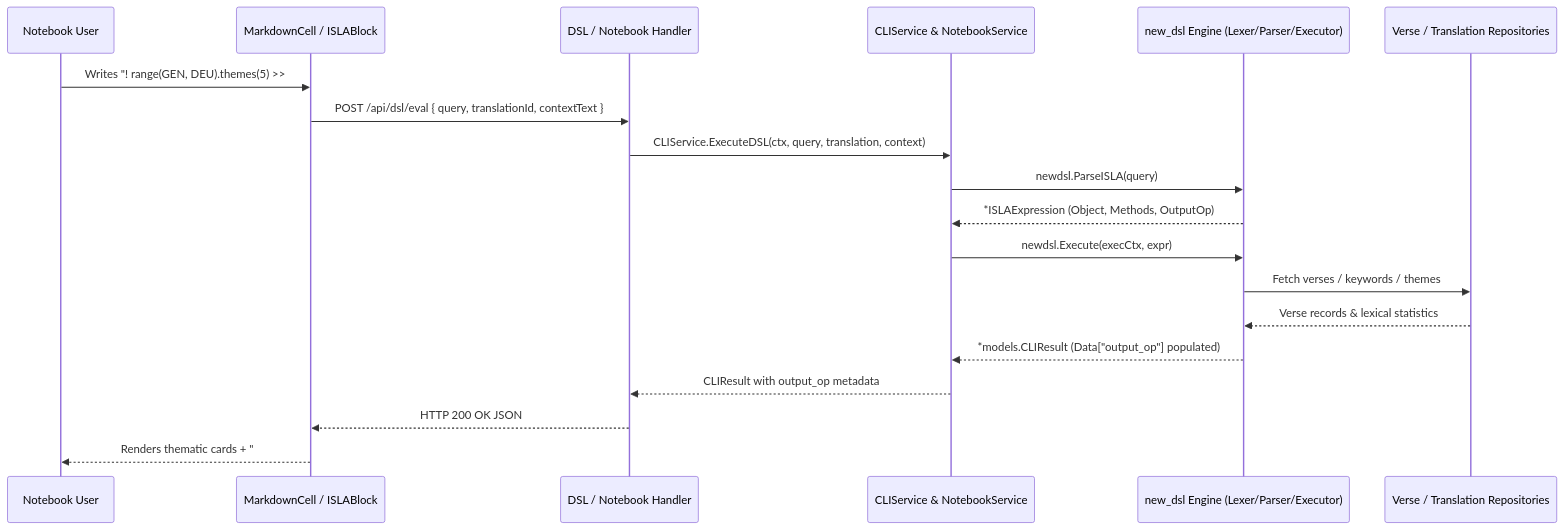
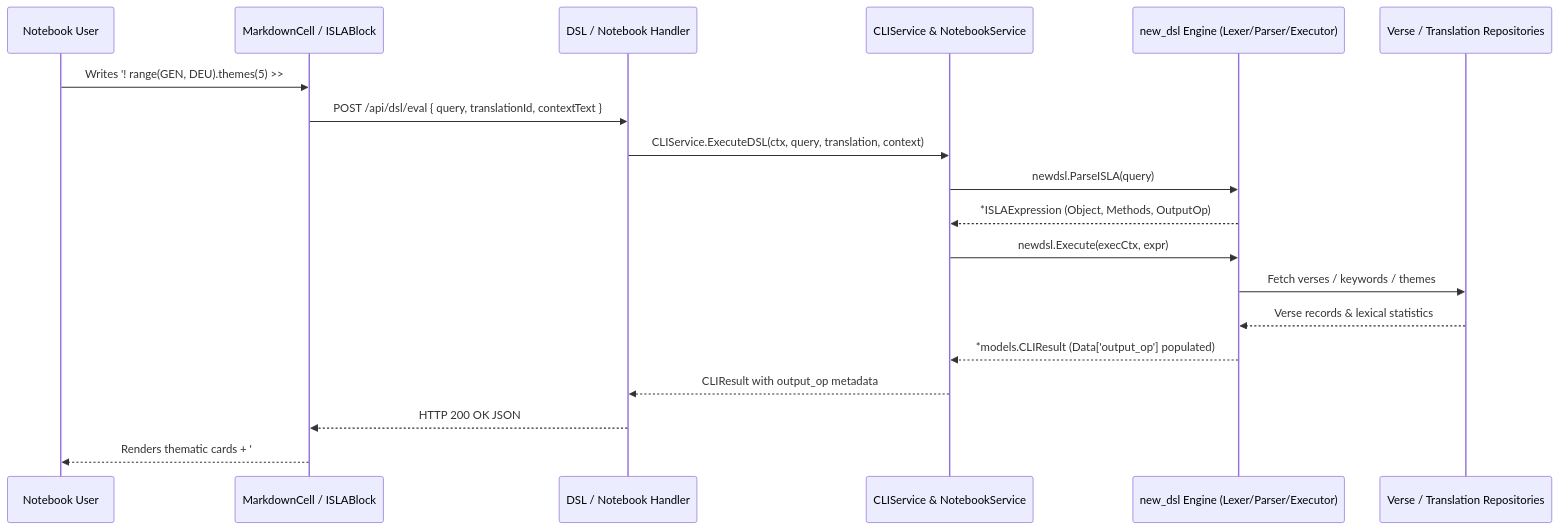
Before and after one commit to mvirtai/clible-v3-go: the first of 4 diagrams in pr_stories/080-feat-isla-v2-object-method-dsl-architecture.md, drawn with Mermaid. The commit also changed other lines of this file, not shown here.

Commit message:
docs(pr): fix mermaid syntax quotes in pr story 080 for github rendering

````diff
--- a/pr_stories/080-feat-isla-v2-object-method-dsl-architecture.md
+++ b/pr_stories/080-feat-isla-v2-object-method-dsl-architecture.md
@@ -54,22 +54,22 @@
 ```mermaid
 sequenceDiagram
     participant User as Notebook User
     participant Frontend as MarkdownCell / ISLABlock
     participant API as DSL / Notebook Handler
     participant Svc as CLIService & NotebookService
     participant DSL as new_dsl Engine (Lexer/Parser/Executor)
     participant DB as Verse / Translation Repositories
 
-    User->>Frontend: Writes "! range(GEN, DEU).themes(5) >> #tooran-teemat"
+    User->>Frontend: Writes '! range(GEN, DEU).themes(5) >> #tooran-teemat'
     Frontend->>API: POST /api/dsl/eval { query, translationId, contextText }
     API->>Svc: CLIService.ExecuteDSL(ctx, query, translation, context)
     Svc->>DSL: newdsl.ParseISLA(query)
     DSL-->>Svc: *ISLAExpression (Object, Methods, OutputOp)
     Svc->>DSL: newdsl.Execute(execCtx, expr)
     DSL->>DB: Fetch verses / keywords / themes
     DB-->>DSL: Verse records & lexical statistics
-    DSL-->>Svc: *models.CLIResult (Data["output_op"] populated)
+    DSL-->>Svc: *models.CLIResult (Data['output_op'] populated)
     Svc-->>API: CLIResult with output_op metadata
     API-->>Frontend: HTTP 200 OK JSON
-    Frontend-->>User: Renders thematic cards + "#tooran-teemat" badge (↓ Alapuolelle)
+    Frontend-->>User: Renders thematic cards + '#tooran-teemat' badge (Alapuolelle)
 ```
````
